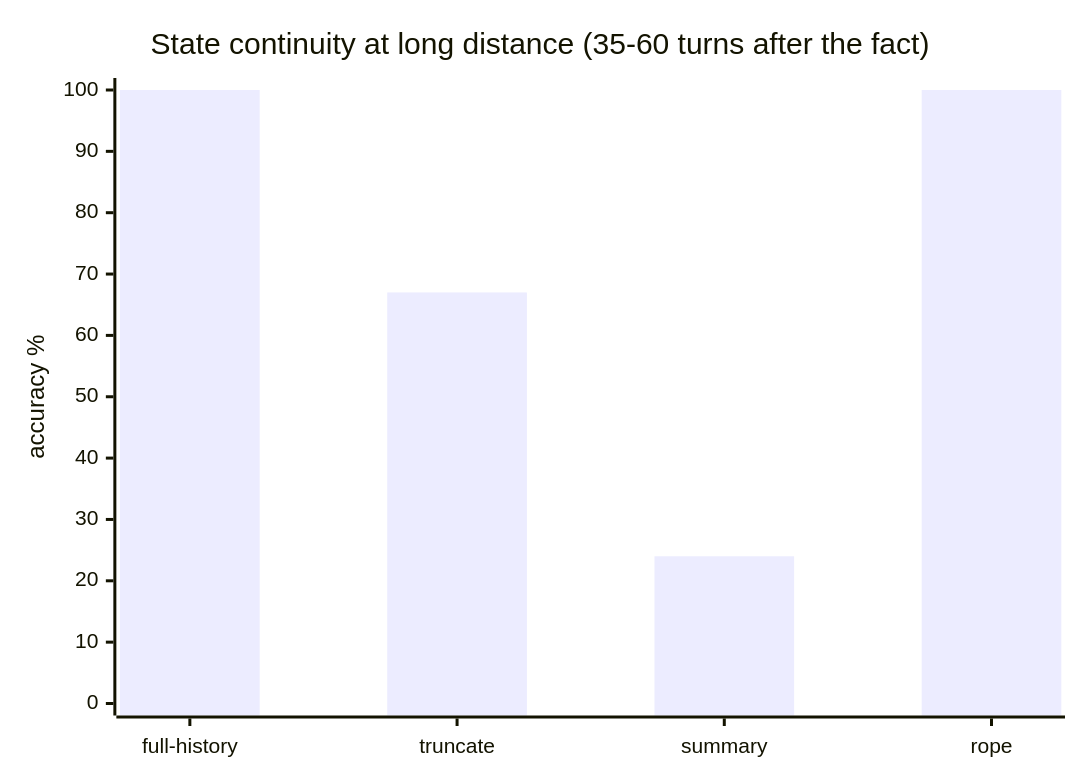
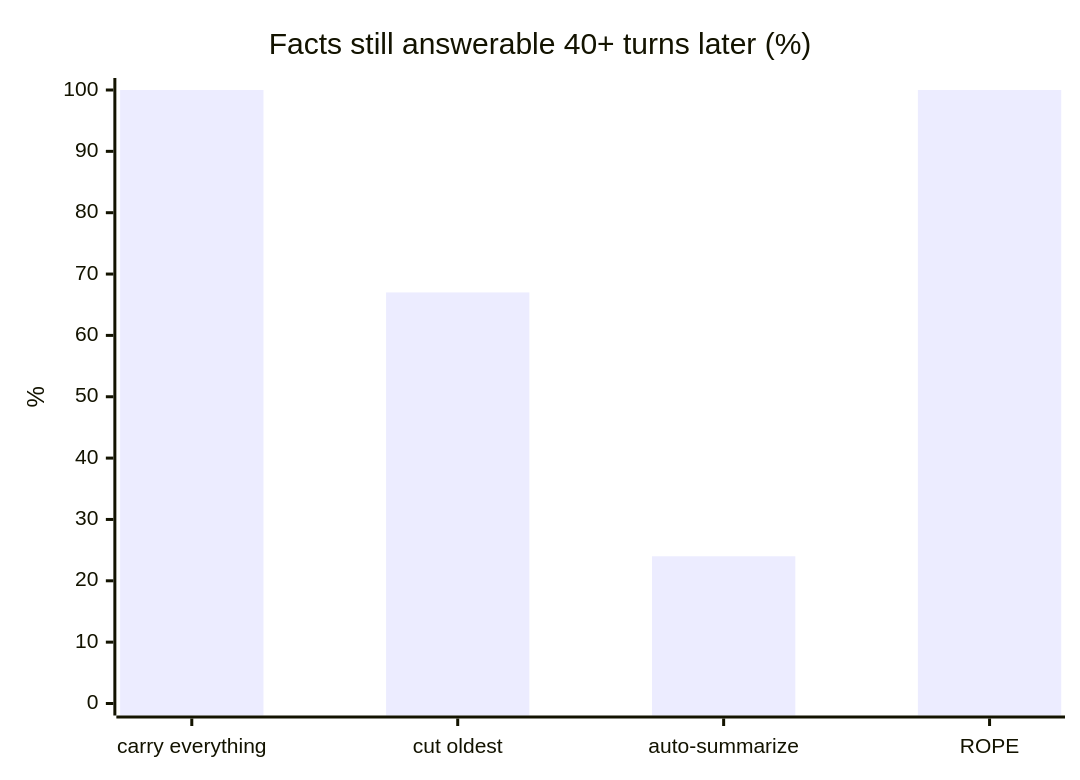
Before and after one commit to AlphaSaleAidan/jumprope.md: the second of 3 diagrams in README.md, drawn with Mermaid. The commit also changed other lines of this file, not shown here.

Commit message:
docs: simplified visuals — one-picture concept, two-mode use-case matrix, plain-English charts, example rope

````diff
--- a/README.md
+++ b/README.md
@@ -196,7 +79,7 @@
 ```mermaid
 xychart-beta
-    title "State continuity at long distance (35-60 turns after the fact)"
-    x-axis ["full-history", "truncate", "summary", "rope"]
-    y-axis "accuracy %" 0 --> 100
+    title "Facts still answerable 40+ turns later (%)"
+    x-axis ["carry everything", "cut oldest", "auto-summarize", "ROPE"]
+    y-axis "%" 0 --> 100
     bar [100, 67, 24, 100]
 ```
````
